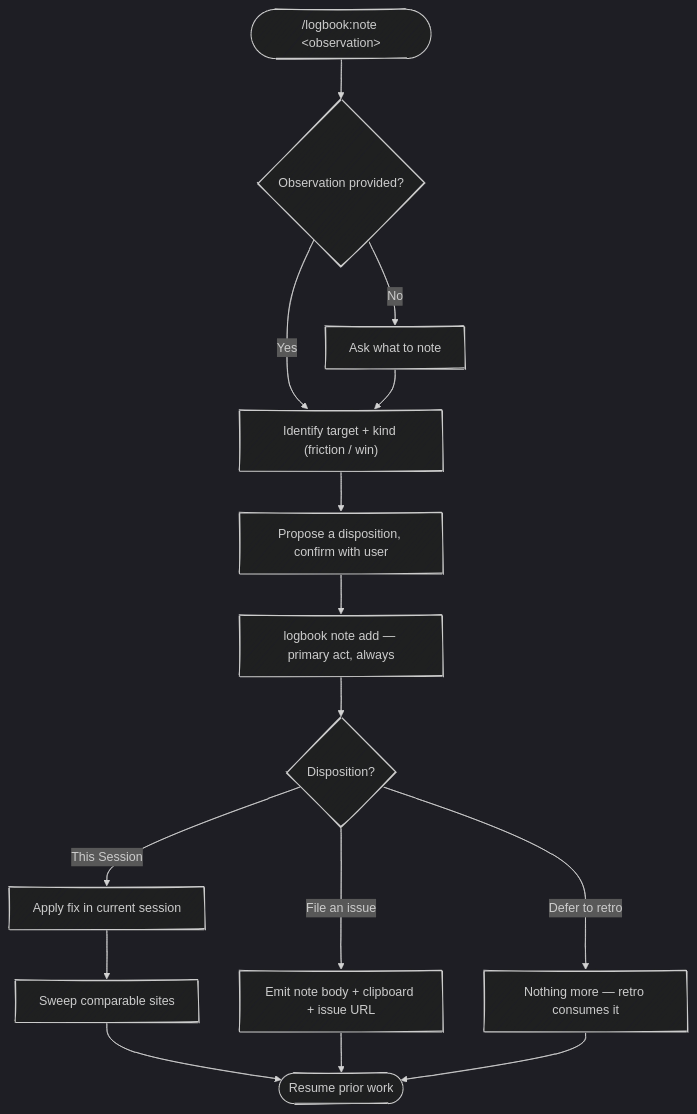
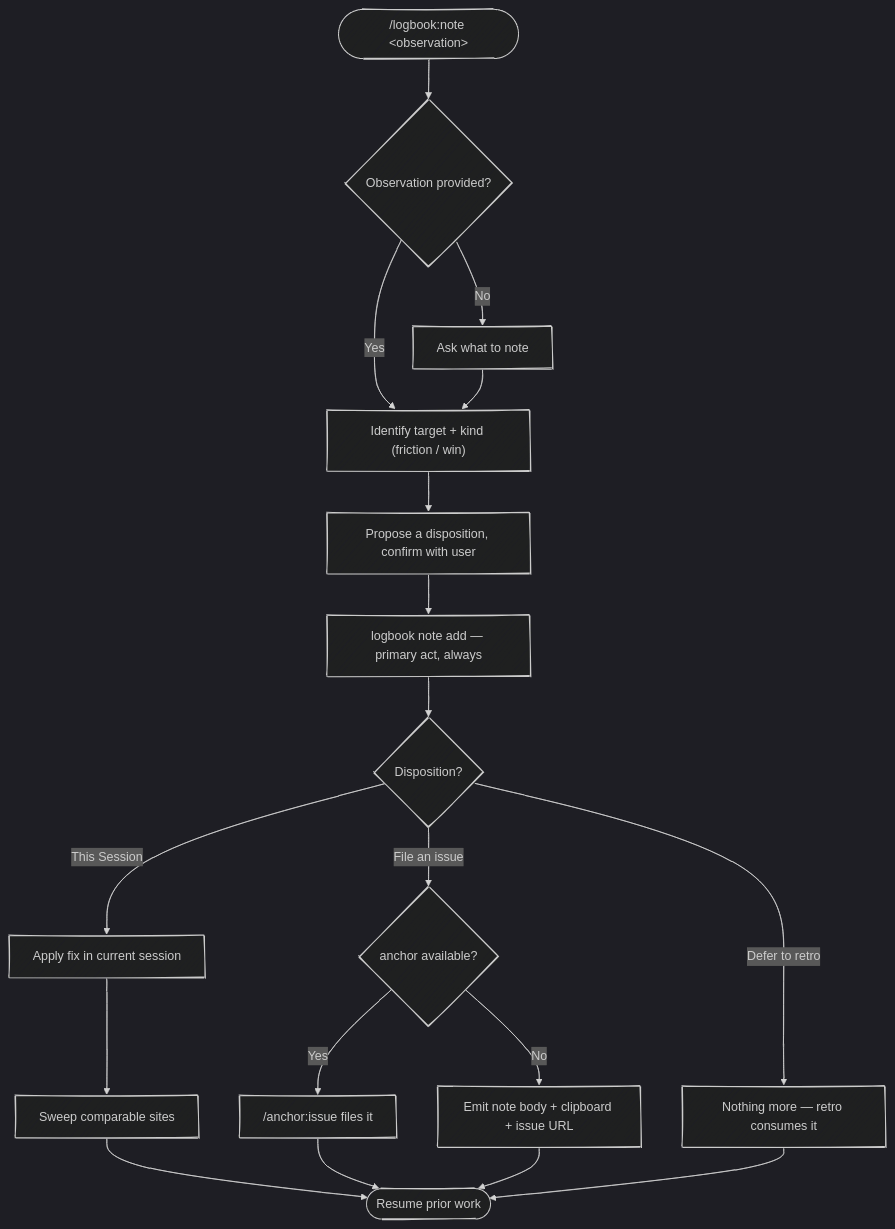
One commit to chris-peterson/logbook changed the diagram in skills/note/SKILL.md. Above: the diagram before and after it, drawn with Mermaid (dark theme). The commit also changed other lines of this file and 5 other files, not shown here.

````diff
--- a/skills/note/SKILL.md
+++ b/skills/note/SKILL.md
@@ -28,18 +28,21 @@
 ```mermaid
 %%{ init: { 'look': 'handDrawn' } }%%
 flowchart TD
     Start(["/logbook:note &lt;observation&gt;"]) --> HasArgs{Observation provided?}
     HasArgs -->|No| Ask["Ask what to note"]
     HasArgs -->|Yes| Identify["Identify target + kind (friction / win)"]
     Ask --> Identify
     Identify --> Disp["Propose a disposition, confirm with user"]
     Disp --> Record["logbook note add — primary act, always"]
     Record --> Mode{Disposition?}
     Mode -->|This Session| Apply["Apply fix in current session"]
     Apply --> Sweep["Sweep comparable sites"]
     Sweep --> Resume([Resume prior work])
-    Mode -->|File an issue| Emit["Emit note body + clipboard + issue URL"]
+    Mode -->|File an issue| Anchor{anchor available?}
+    Anchor -->|Yes| Delegate["/anchor:issue files it"]
+    Anchor -->|No| Emit["Emit note body + clipboard + issue URL"]
+    Delegate --> Resume
     Emit --> Resume
     Mode -->|Defer to retro| Done["Nothing more — retro consumes it"]
     Done --> Resume
 ```
````
